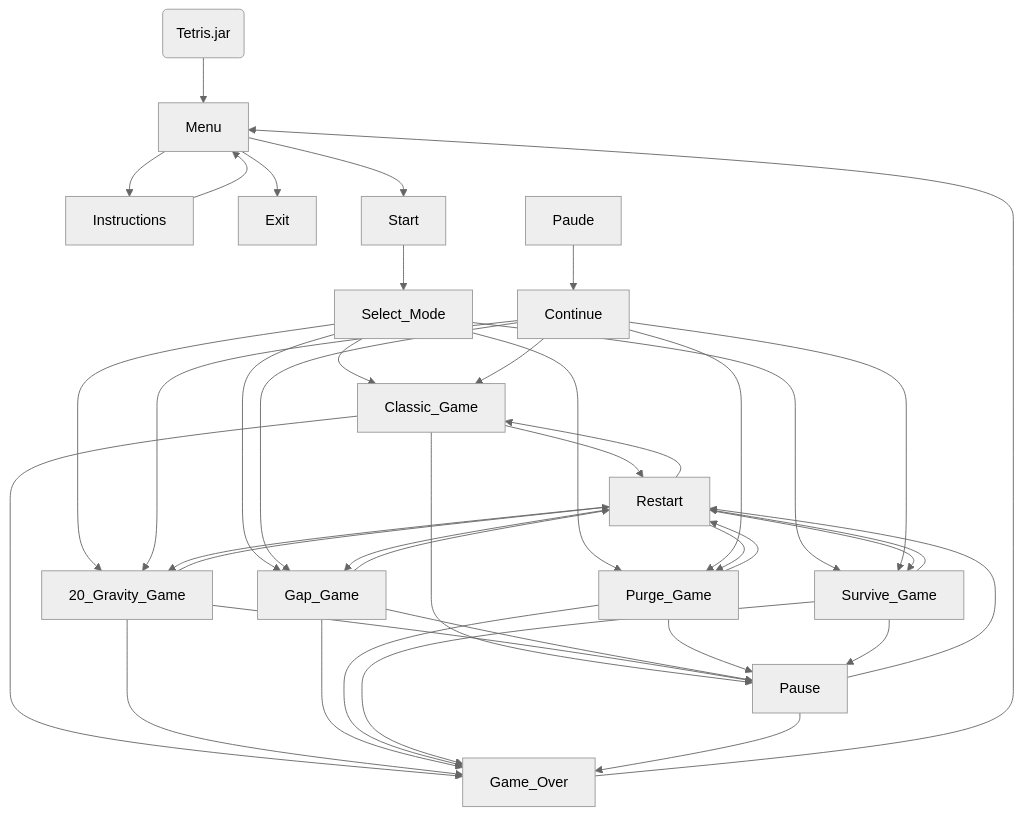
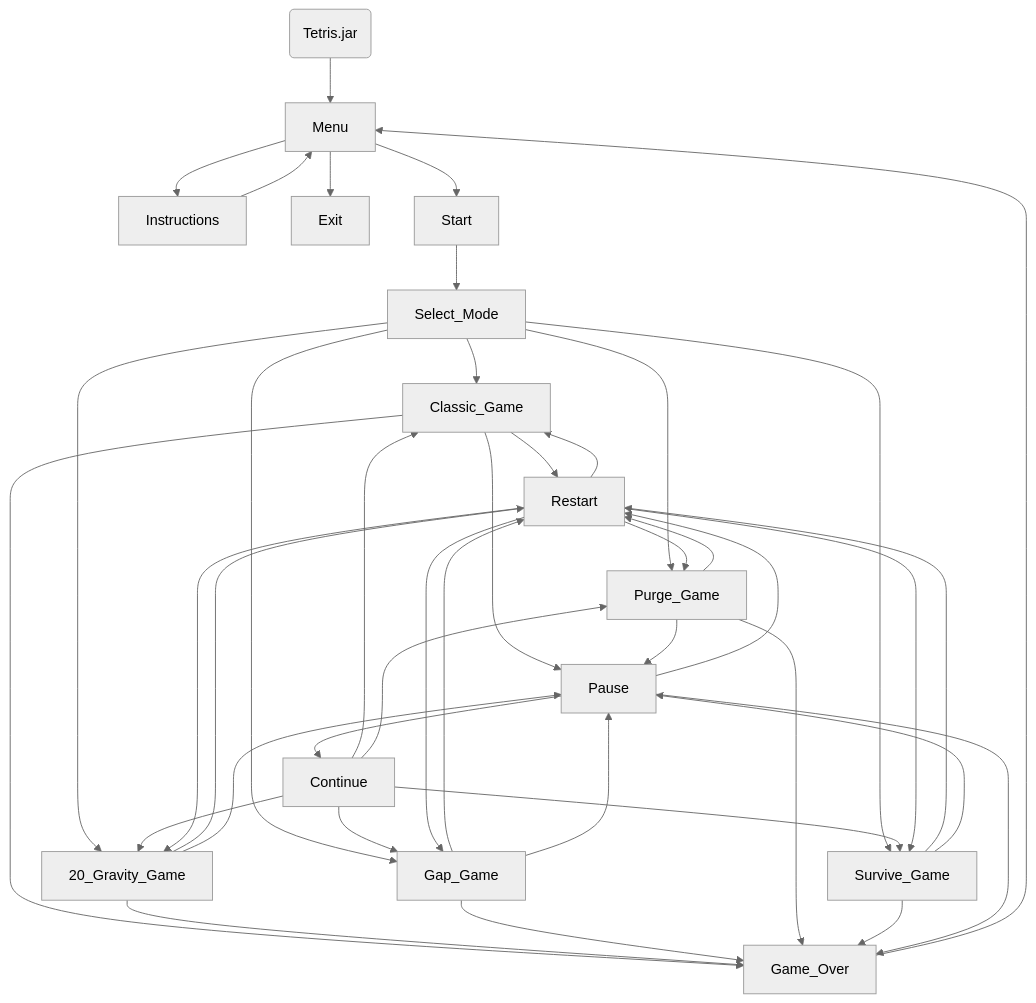
One commit to sheng-luen-chung/JAVA_11302_Project changed the second of 3 diagrams in README.md. Above: the diagram before and after it, drawn with Mermaid (neutral theme).

````diff
--- a/README.md
+++ b/README.md
@@ -534,55 +534,55 @@
 ```mermaid
  flowchart TD
     Execute(Tetris.jar)
     Execute --> Menu
     Menu --> Instructions
     Menu --> Exit
     Instructions --> Menu
     Menu --> Start
 
     Start --> Select_Mode
 
     Select_Mode --> Classic_Game
     Select_Mode --> Purge_Game
     Select_Mode --> Survive_Game
     Select_Mode --> 20_Gravity_Game
     Select_Mode --> Gap_Game
 
     Classic_Game --> Game_Over
     Classic_Game --> Restart
     Classic_Game --> Pause
 
     20_Gravity_Game --> Game_Over
     20_Gravity_Game --> Restart
     20_Gravity_Game --> Pause
 
     Gap_Game --> Game_Over
     Gap_Game --> Restart
     Gap_Game --> Pause
 
     Purge_Game --> Game_Over
     Purge_Game --> Restart
     Purge_Game --> Pause
 
     Survive_Game --> Restart
     Survive_Game --> Game_Over        
     Survive_Game --> Pause
 
     Pause --> Game_Over
     Pause --> Restart
-    Paude --> Continue
+    Pause --> Continue
 
     Continue --> Classic_Game 
     Continue --> Purge_Game
     Continue --> Survive_Game
     Continue --> 20_Gravity_Game
     Continue --> Gap_Game
 
     Game_Over --> Menu
 
     Restart --> Classic_Game 
     Restart --> Purge_Game
     Restart --> Survive_Game
     Restart --> 20_Gravity_Game
     Restart --> Gap_Game
 ```
````
